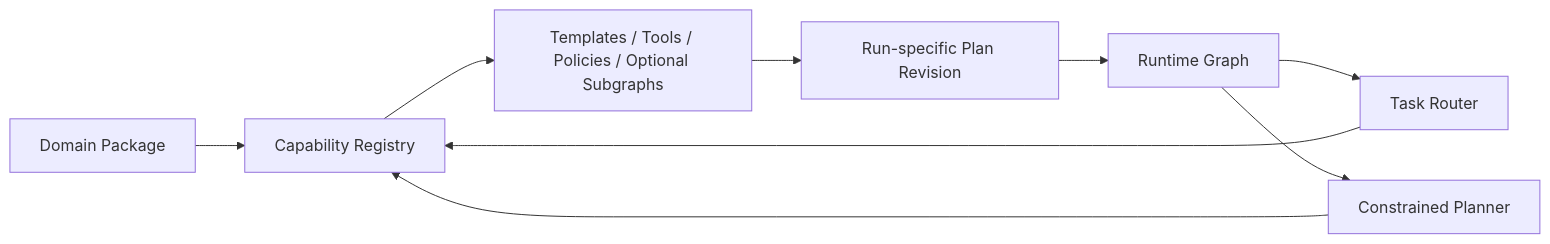
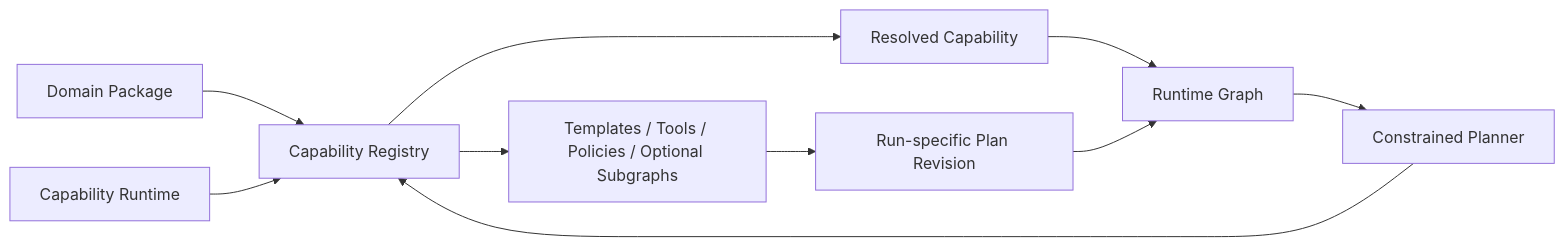
Before and after one commit to huangkang138/law: the eighth of 9 diagrams in flask_app/legal_agent_system/analyse-agents.md, drawn with Mermaid. The commit also changed other lines of this file and 33 other files, not shown here.

````diff
--- a/flask_app/legal_agent_system/analyse-agents.md
+++ b/flask_app/legal_agent_system/analyse-agents.md
@@ -1463,11 +1463,12 @@
 ```mermaid
 flowchart LR
     D["Domain Package"] --> R["Capability Registry"]
-    G["Runtime Graph"] --> T["Task Router"]
-    T --> R
+    U["Capability Runtime"] --> R
+    R --> B["Resolved Capability"]
+    B --> G["Runtime Graph"]
     G --> P["Constrained Planner"]
     P --> R
     R --> C["Templates / Tools / Policies / Optional Subgraphs"]
     C --> RP["Run-specific Plan Revision"]
     RP --> G
 ```
````
